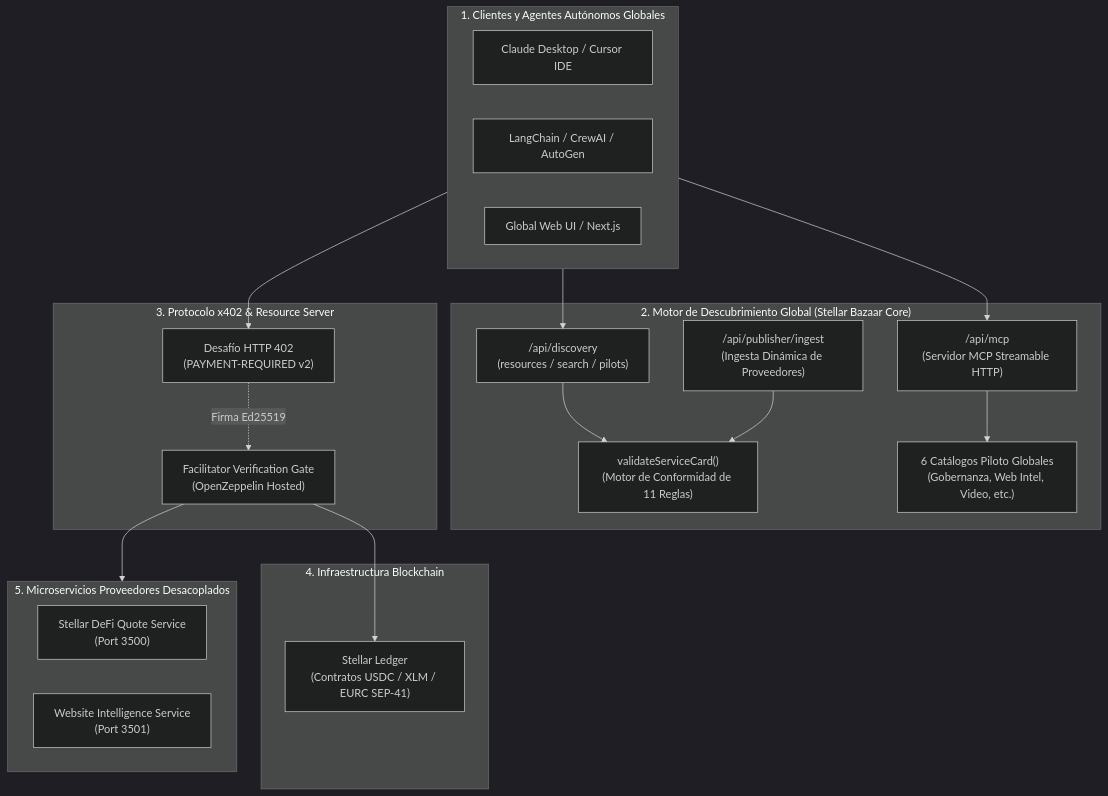
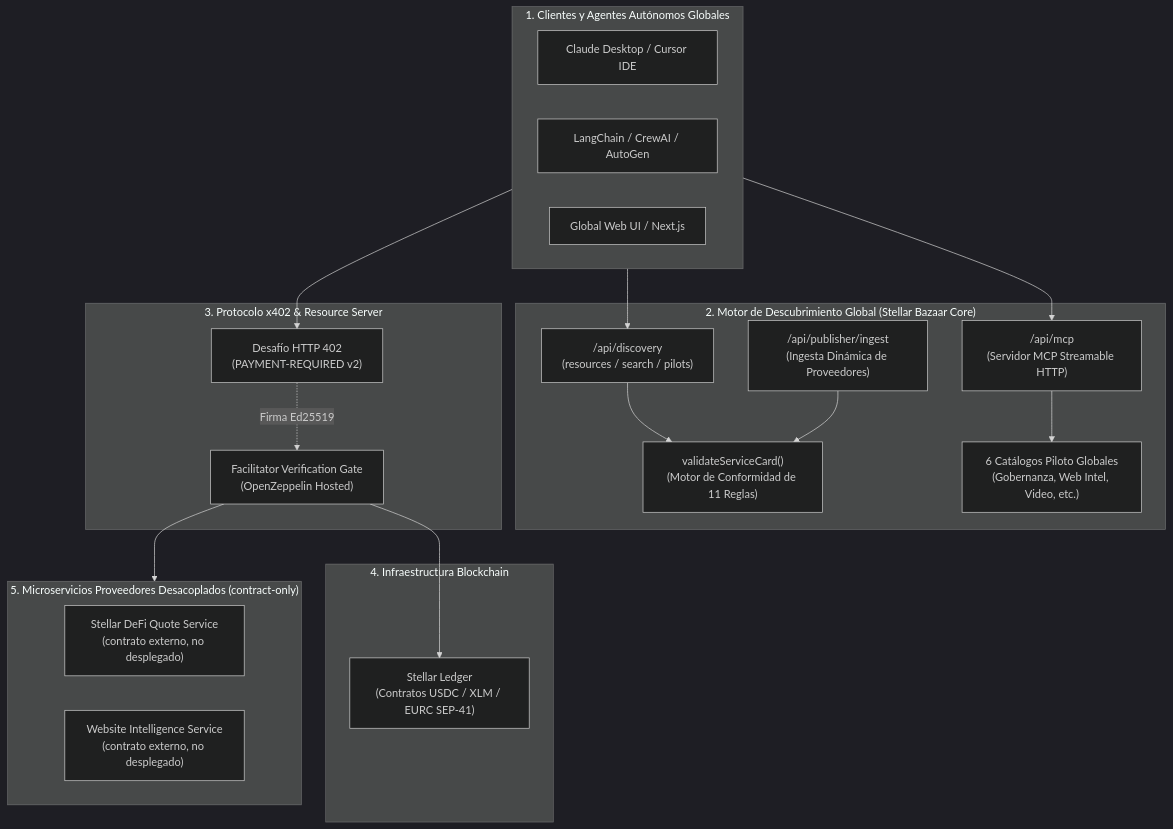
Before and after one commit to CaBsCrypto/stellar-bazaar-x402: the first of 2 diagrams in README.es.md, drawn with Mermaid (dark theme). The commit also changed other lines of this file and 1 other file, not shown here.

Commit message:
docs: polish bilingual READMEs - settlement evidence table, full test batteries, honest architecture, expanded docs index

````diff
--- a/README.es.md
+++ b/README.es.md
@@ -53,41 +55,41 @@
 ```mermaid
 flowchart TD
     subgraph Clients["1. Clientes y Agentes Autónomos Globales"]
         Claude["Claude Desktop / Cursor IDE"]
         LangChain["LangChain / CrewAI / AutoGen"]
         WebUI["Global Web UI / Next.js"]
     end
 
     subgraph Bazaar["2. Motor de Descubrimiento Global (Stellar Bazaar Core)"]
         MCPServer["/api/mcp<br/>(Servidor MCP Streamable HTTP)"]
         RESTDiscovery["/api/discovery<br/>(resources / search / pilots)"]
         Validator["validateServiceCard()<br/>(Motor de Conformidad de 11 Reglas)"]
         DynamicRegistry["/api/publisher/ingest<br/>(Ingesta Dinámica de Proveedores)"]
         PilotCatalog["6 Catálogos Piloto Globales<br/>(Gobernanza, Web Intel, Video, etc.)"]
     end
 
     subgraph x402Layer["3. Protocolo x402 & Resource Server"]
         Challenge402["Desafío HTTP 402<br/>(PAYMENT-REQUIRED v2)"]
         FacilitatorGate["Facilitator Verification Gate<br/>(OpenZeppelin Hosted)"]
     end
 
     subgraph Settlement["4. Infraestructura Blockchain"]
         Testnet["Stellar Ledger<br/>(Contratos USDC / XLM / EURC SEP-41)"]
     end
 
-    subgraph Providers["5. Microservicios Proveedores Desacoplados"]
-        DeFiService["Stellar DeFi Quote Service<br/>(Port 3500)"]
-        WebIntelService["Website Intelligence Service<br/>(Port 3501)"]
+    subgraph Providers["5. Microservicios Proveedores Desacoplados (contract-only)"]
+        DeFiService["Stellar DeFi Quote Service<br/>(contrato externo, no desplegado)"]
+        WebIntelService["Website Intelligence Service<br/>(contrato externo, no desplegado)"]
     end
 
     Clients --> MCPServer
     Clients --> RESTDiscovery
     RESTDiscovery --> Validator
     MCPServer --> PilotCatalog
     DynamicRegistry --> Validator
 
     Clients --> Challenge402
     Challenge402 -. "Firma Ed25519" .-> FacilitatorGate
     FacilitatorGate --> Testnet
     FacilitatorGate --> Providers
 ```
````
